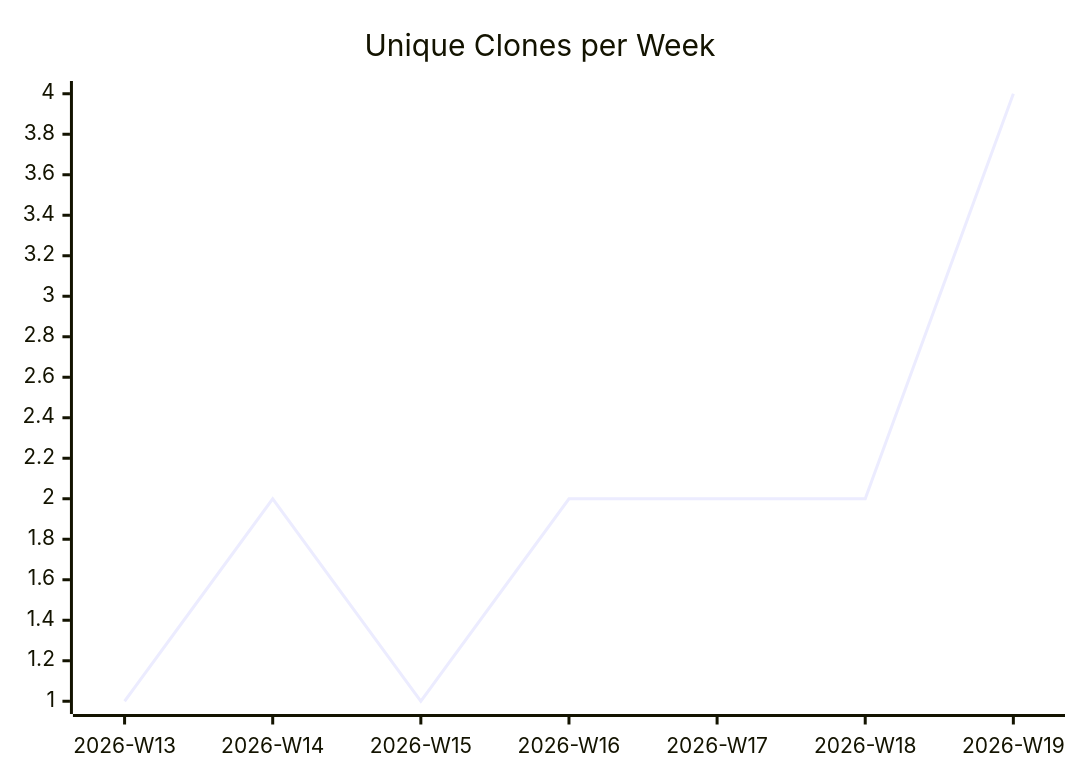
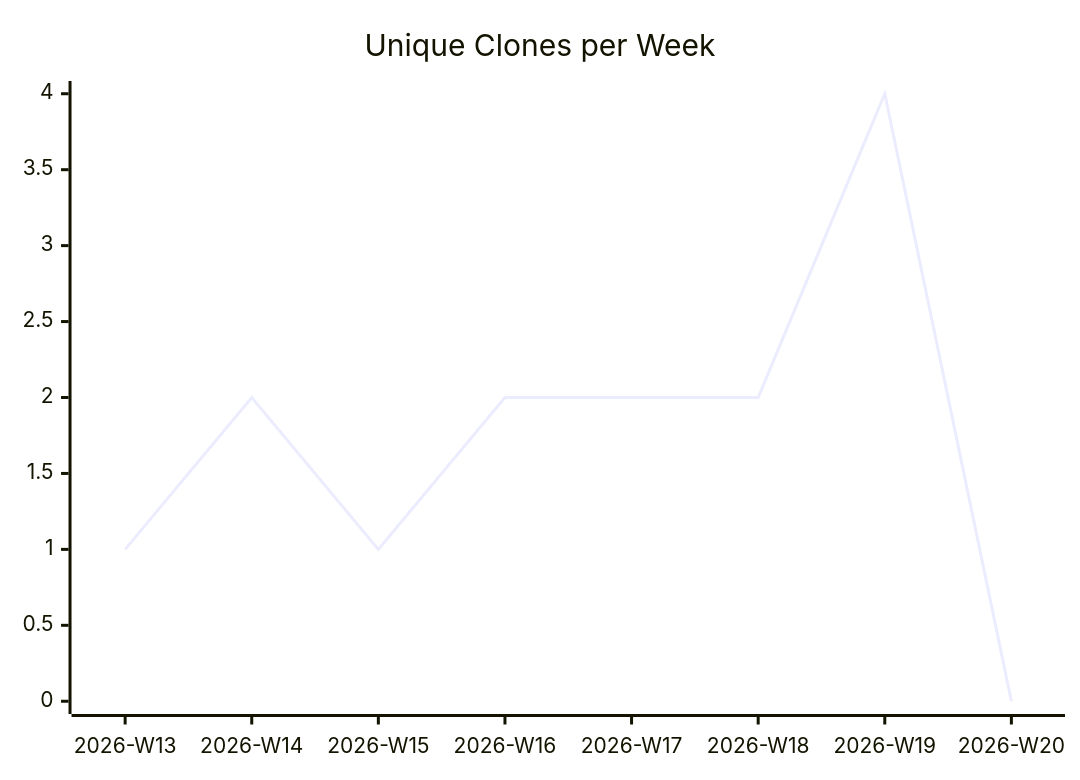
One commit to justdavis-family/github-analytics-data changed the third of 3 diagrams in karlmdavis/sample-maven-and-rcp/README.md. Above: the diagram before and after it, drawn with Mermaid. The commit also changed other lines of this file and 190 other files, not shown here.

````diff
--- a/karlmdavis/sample-maven-and-rcp/README.md
+++ b/karlmdavis/sample-maven-and-rcp/README.md
@@ -19,6 +19,6 @@
 ```mermaid
 xychart-beta
   title "Unique Clones per Week"
-  x-axis ["2026-W13", "2026-W14", "2026-W15", "2026-W16", "2026-W17", "2026-W18", "2026-W19"]
-  line [1, 2, 1, 2, 2, 2, 4]
+  x-axis ["2026-W13", "2026-W14", "2026-W15", "2026-W16", "2026-W17", "2026-W18", "2026-W19", "2026-W20"]
+  line [1, 2, 1, 2, 2, 2, 4, 0]
 ```
````
